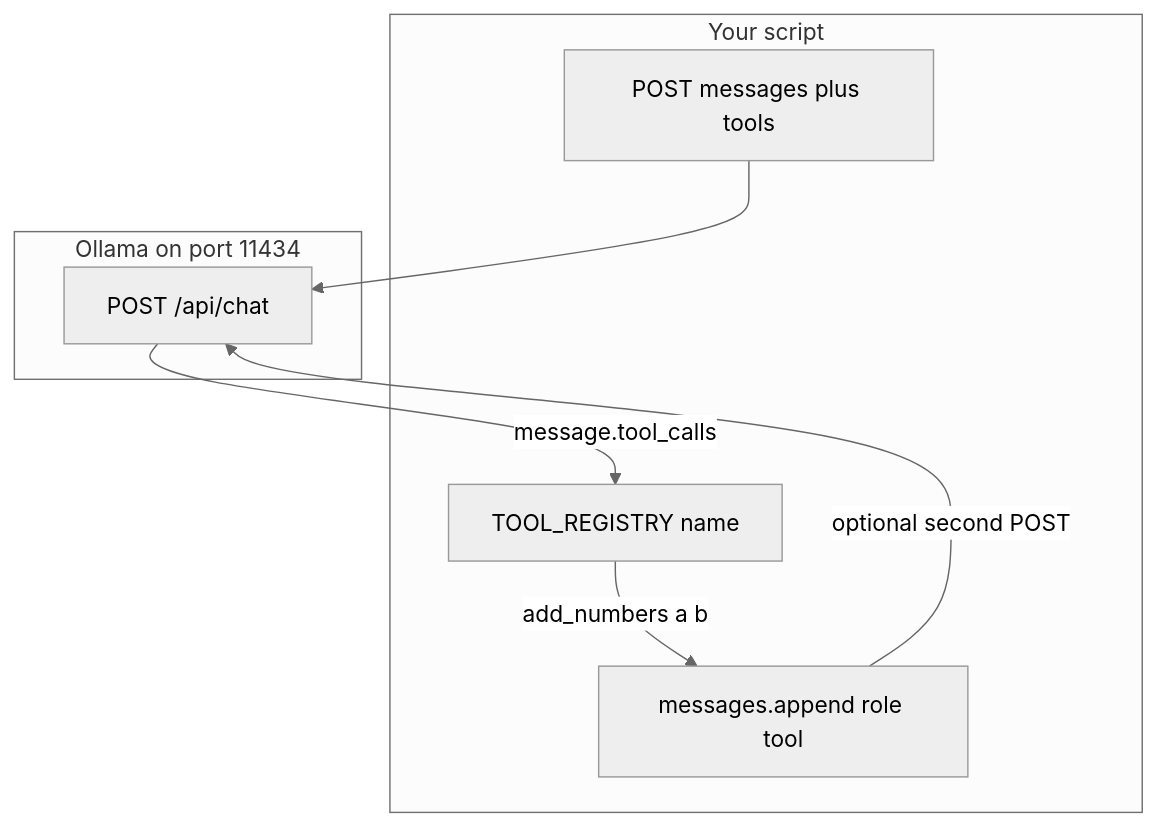
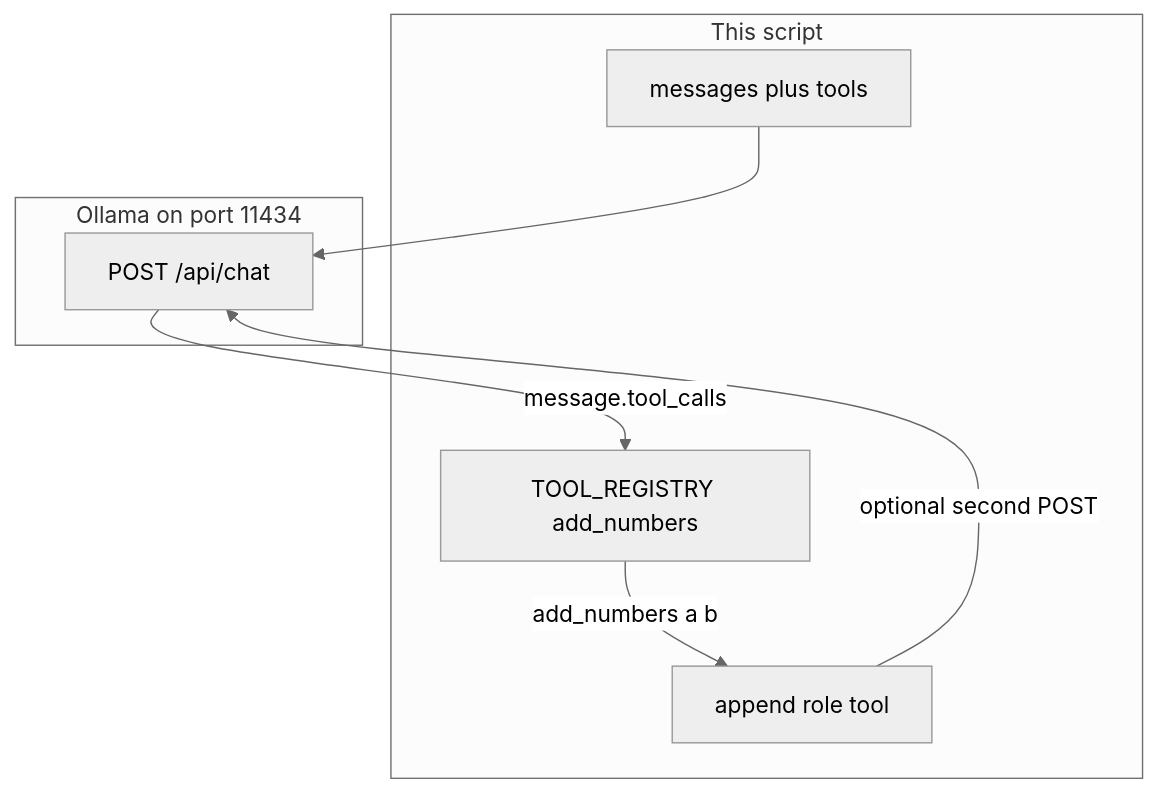
One commit to jacobbweber/AgenticAI-Labs changed the diagram in education/03_the_dispatcher/00_tool_dispatch.md. Above: the diagram before and after it, drawn with Mermaid (neutral theme). The commit also changed other lines of this file and 279 other files, not shown here.

````diff
--- a/education/03_the_dispatcher/00_tool_dispatch.md
+++ b/education/03_the_dispatcher/00_tool_dispatch.md
@@ -39,15 +39,15 @@
 ```mermaid
 flowchart TD
-    subgraph ch03_script [Your script]
-        REQ["POST messages plus tools"]
-        REG["TOOL_REGISTRY name"]
-        APP["messages.append role tool"]
+    subgraph ch03_script [This script]
+        MSG["messages plus tools"]
+        REG["TOOL_REGISTRY add_numbers"]
+        APP["append role tool"]
     end
     subgraph ch03_host [Ollama on port 11434]
         CHAT["POST /api/chat"]
     end
-    REQ --> CHAT
+    MSG --> CHAT
     CHAT -->|"message.tool_calls"| REG
     REG -->|"add_numbers a b"| APP
     APP -->|"optional second POST"| CHAT
 ```
````
